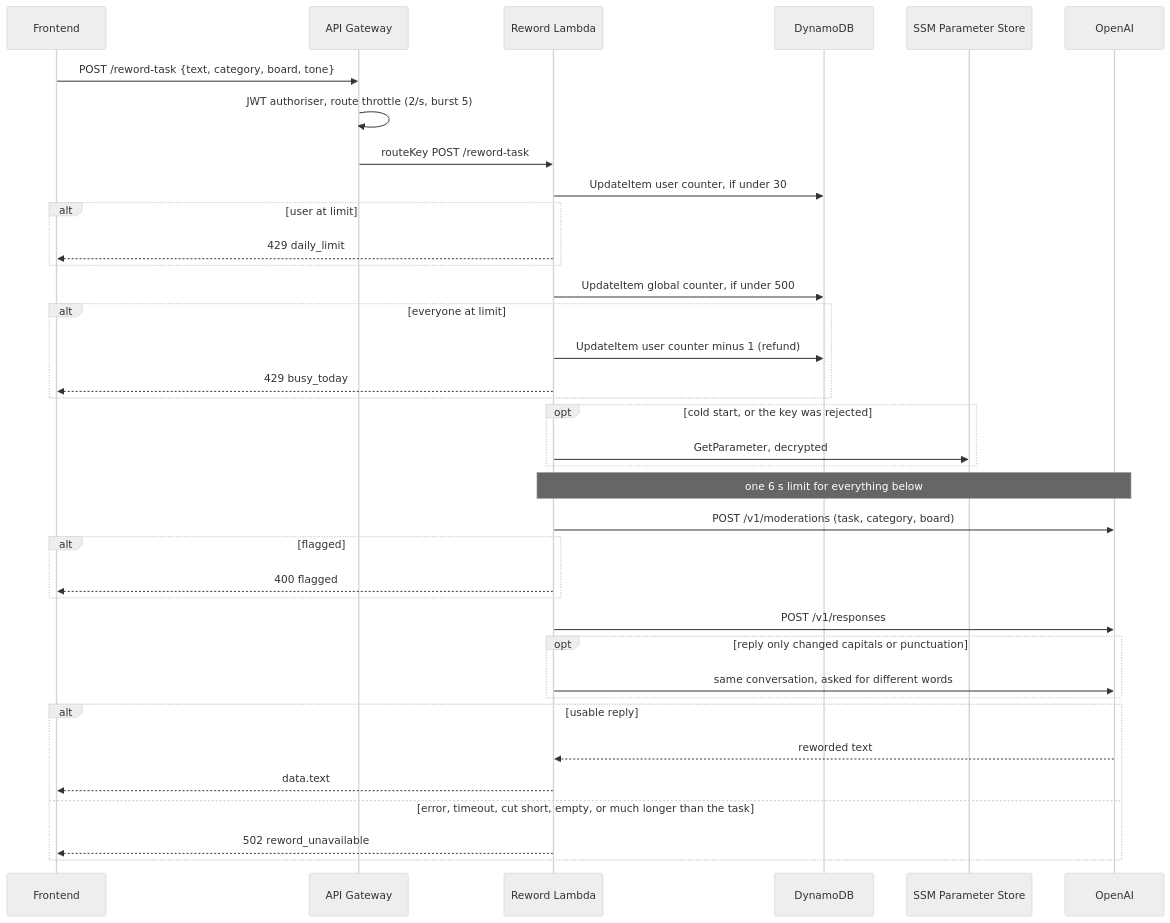
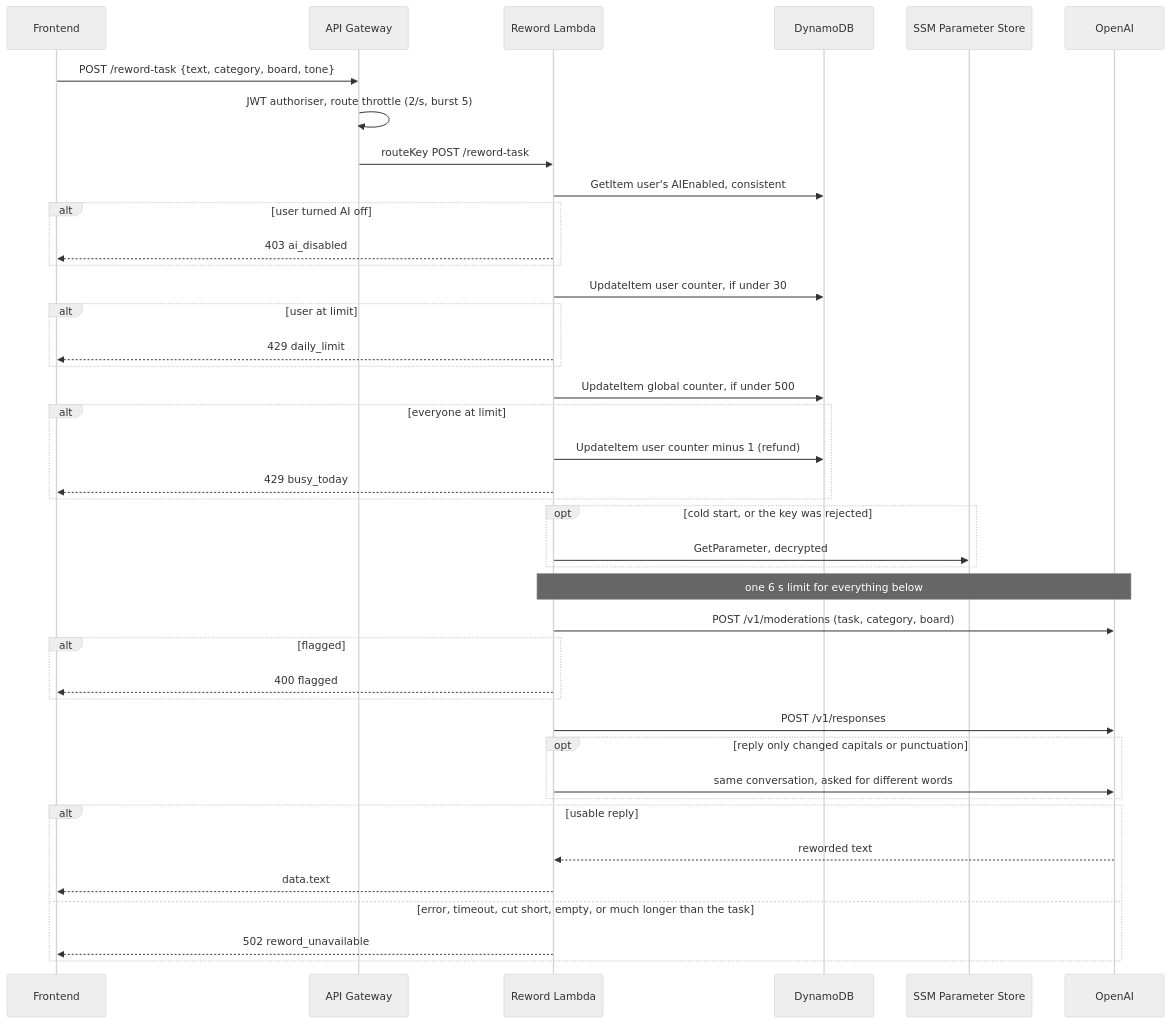
The seventh of 12 diagrams in ARCHITECTURE.md (TomBenjaminMorris/listpal-backend), drawn with Mermaid (neutral theme) before and after one commit. The commit also changed other lines of this file and 7 other files, not shown here.

````diff
--- a/ARCHITECTURE.md
+++ b/ARCHITECTURE.md
@@ -351,40 +359,44 @@
 ```mermaid
 sequenceDiagram
     participant F as Frontend
     participant G as API Gateway
     participant R as Reword Lambda
     participant D as DynamoDB
     participant S as SSM Parameter Store
     participant O as OpenAI
 
     F->>G: POST /reword-task {text, category, board, tone}
     G->>G: JWT authoriser, route throttle (2/s, burst 5)
     G->>R: routeKey POST /reword-task
+    R->>D: GetItem user's AIEnabled, consistent
+    alt user turned AI off
+        R-->>F: 403 ai_disabled
+    end
     R->>D: UpdateItem user counter, if under 30
     alt user at limit
         R-->>F: 429 daily_limit
     end
     R->>D: UpdateItem global counter, if under 500
     alt everyone at limit
         R->>D: UpdateItem user counter minus 1 (refund)
         R-->>F: 429 busy_today
     end
     opt cold start, or the key was rejected
         R->>S: GetParameter, decrypted
     end
     Note over R,O: one 6 s limit for everything below
     R->>O: POST /v1/moderations (task, category, board)
     alt flagged
         R-->>F: 400 flagged
     end
     R->>O: POST /v1/responses
     opt reply only changed capitals or punctuation
         R->>O: same conversation, asked for different words
     end
     alt usable reply
         O-->>R: reworded text
         R-->>F: data.text
     else error, timeout, cut short, empty, or much longer than the task
         R-->>F: 502 reword_unavailable
     end
 ```
````
